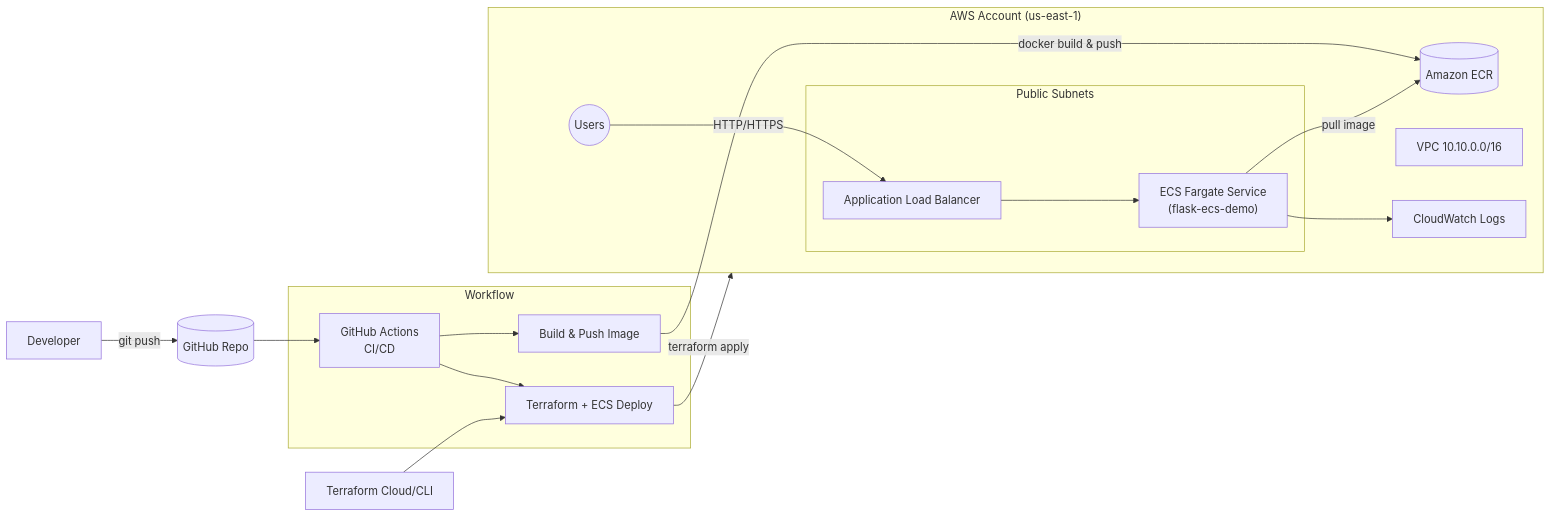
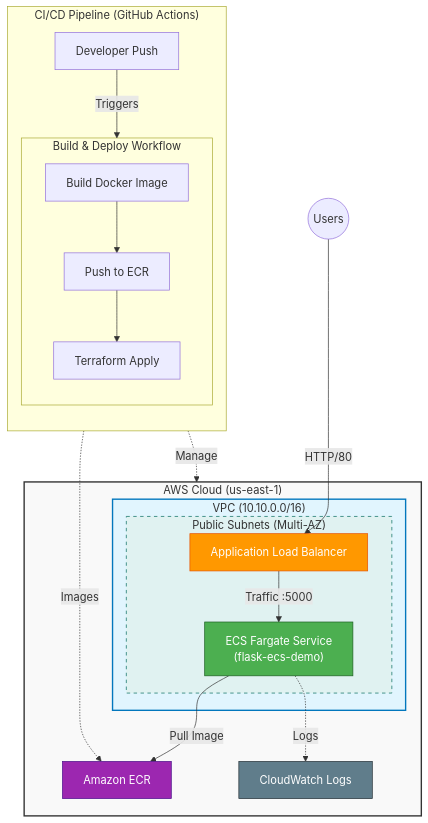
One commit to TerminalsandCoffee/aws-devops-portfolio changed the diagram in projects/01-ecs-fargate-ci-cd-pipeline-webapp/docs/architecture.mmd. Above: the diagram before and after it, drawn with Mermaid. The commit also changed other lines of this file and 1 other file, not shown here.

Commit message:
updated architecture diagram in project-01-ecs

```diff
--- a/projects/01-ecs-fargate-ci-cd-pipeline-webapp/docs/architecture.mmd
+++ b/projects/01-ecs-fargate-ci-cd-pipeline-webapp/docs/architecture.mmd
@@ -1,27 +1,48 @@
-flowchart LR
-  Dev[Developer] -->|git push| Repo[(GitHub Repo)]
-  Repo --> Actions[GitHub Actions\nCI/CD]
-
-  subgraph Pipeline["Workflow"]
-    Actions --> Build[Build & Push Image]
-    Actions --> Deploy[Terraform + ECS Deploy]
-  end
-
-  Build -->|docker build & push| ECR[(Amazon ECR)]
-  Deploy -->|terraform apply| AWSAccount
-
-  subgraph AWSAccount["AWS Account (us-east-1)"]
-    VPC["VPC 10.10.0.0/16"]
-
-    subgraph Public["Public Subnets"]
-      ALB[Application Load Balancer]
-      ECS["ECS Fargate Service<br/>(flask-ecs-demo)"]
+flowchart TB
+    subgraph CI_CD ["CI/CD Pipeline (GitHub Actions)"]
+        direction TB
+        Code[Developer Push] -->|Triggers| Workflow
+        subgraph Workflow ["Build & Deploy Workflow"]
+            Build[Build Docker Image]
+            Push[Push to ECR]
+            IaC[Terraform Apply]
+        end
+        Build --> Push
+        Push --> IaC
     end
 
-    Users((Users)) -->|HTTP/HTTPS| ALB
-    ALB --> ECS
-    ECS -->|pull image| ECR
-    ECS --> Logs[CloudWatch Logs]
-  end
+    subgraph AWS ["AWS Cloud (us-east-1)"]
+        style AWS fill:#f9f9f9,stroke:#333,stroke-width:2px
+        
+        subgraph VPC ["VPC (10.10.0.0/16)"]
+            style VPC fill:#e1f5fe,stroke:#0277bd,stroke-width:2px
+            
+            subgraph Public_Subnets ["Public Subnets (Multi-AZ)"]
+                style Public_Subnets fill:#e0f2f1,stroke:#00695c,stroke-dasharray: 5 5
+                
+                ALB[Application Load Balancer]
+                style ALB fill:#ff9800,stroke:#e65100,color:white
+                
+                ECS_Service["ECS Fargate Service\n(flask-ecs-demo)"]
+                style ECS_Service fill:#4caf50,stroke:#1b5e20,color:white
+            end
+        end
+        
+        ECR[Amazon ECR]
+        style ECR fill:#9c27b0,stroke:#4a148c,color:white
+        
+        CloudWatch[CloudWatch Logs]
+        style CloudWatch fill:#607d8b,stroke:#263238,color:white
+    end
 
-  Terraform[Terraform Cloud/CLI] --> Deploy
+    %% Data Flow
+    User((Users)) -->|HTTP/80| ALB
+    ALB -->|Traffic :5000| ECS_Service
+    
+    %% CI/CD Integrations
+    Push -.->|Images| ECR
+    IaC -.->|Manage| AWS
+    
+    %% Service Integrations
+    ECS_Service -->|Pull Image| ECR
+    ECS_Service -.->|Logs| CloudWatch
```
